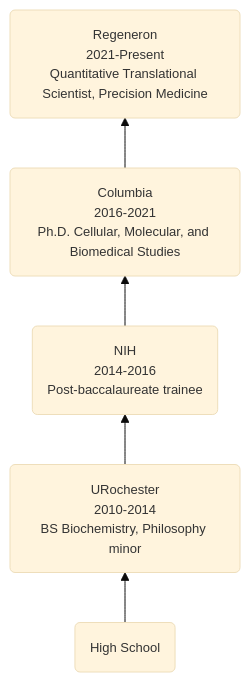
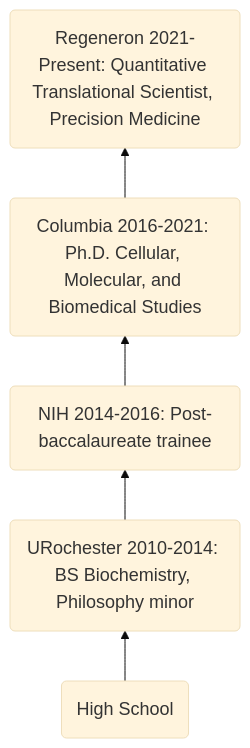
Before and after one commit to ngiangre/ngiangre.github.io: the diagram in content/about/index.qmd, drawn with Mermaid. The commit also changed 3 other files, not shown here.

Commit message:
update flowchart

````diff
--- a/content/about/index.qmd
+++ b/content/about/index.qmd
@@ -39,13 +39,13 @@
 ```{mermaid .mermaid}
 %%| label: fig-mermaid-flowchart
 %%| fig-cap: Education and experience timeline
 
-%%{init: {'theme': 'base', 'sequence':{'useMaxWidth': false}, 'themeVariables': { 'fontSize': '13px', 'fontFamily': 'Inter', 'wrap': true}}}%%
+%%{init: {'theme': 'base', 'sequence':{'useMaxWidth': false}, 'themeVariables': { 'fontSize': '18px', 'fontFamily': 'Inter', 'wrap': true}}}%%
 
 flowchart BT
-  HS(High School)-->College(URochester<br>2010-2014<br>BS Biochemistry, Philosophy minor)
-  College-->Postbac(NIH<br>2014-2016<br>Post-baccalaureate trainee)
-  Postbac-->PhD(Columbia<br>2016-2021<br>Ph.D. Cellular, Molecular, and Biomedical Studies)
-  PhD -->Job(Regeneron<br>2021-Present<br>Quantitative Translational Scientist, Precision Medicine)
+  HS(High School)-->College(URochester 2010-2014: BS Biochemistry, Philosophy minor)
+  College-->Postbac(NIH 2014-2016: Post-baccalaureate trainee)
+  Postbac-->PhD(Columbia 2016-2021: Ph.D. Cellular, Molecular, and Biomedical Studies)
+  PhD-->Job(Regeneron 2021-Present: Quantitative Translational Scientist, Precision Medicine)
   
 ```
````
